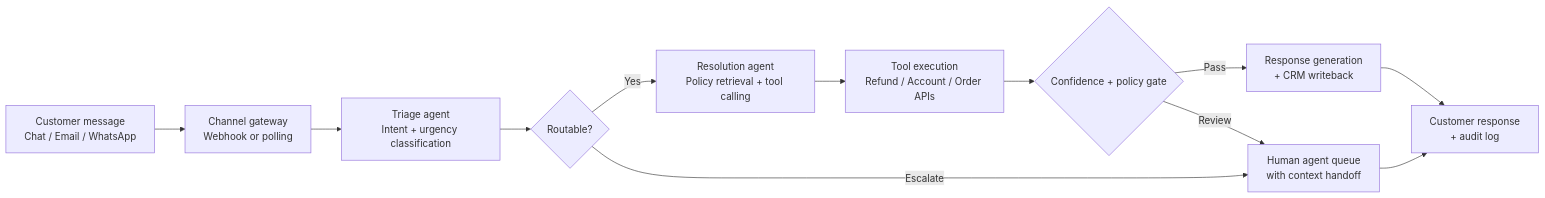
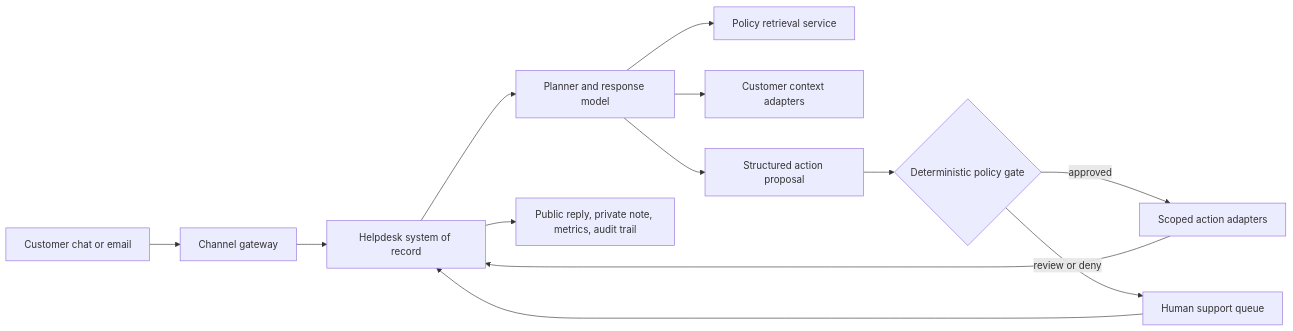
Before and after one commit to Bootbase/enterprise-ai-use-cases: the diagram in docs/use-cases/customer-service/UC-100-customer-service-resolution/solution-design.md, drawn with Mermaid. The commit also changed other lines of this file and 26 other files, not shown here.

````diff
--- a/docs/use-cases/customer-service/UC-100-customer-service-resolution/solution-design.md
+++ b/docs/use-cases/customer-service/UC-100-customer-service-resolution/solution-design.md
@@ -34,14 +34,15 @@
 ```mermaid
 flowchart LR
-    A[Customer message<br/>Chat / Email / WhatsApp] --> B[Channel gateway<br/>Webhook or polling]
-    B --> C[Triage agent<br/>Intent + urgency classification]
-    C --> D{Routable?}
-    D -->|Yes| E[Resolution agent<br/>Policy retrieval + tool calling]
-    D -->|Escalate| F[Human agent queue<br/>with context handoff]
-    E --> G[Tool execution<br/>Refund / Account / Order APIs]
-    G --> H{Confidence + policy gate}
-    H -->|Pass| I[Response generation<br/>+ CRM writeback]
-    H -->|Review| F
-    I --> J[Customer response<br/>+ audit log]
-    F --> J
+    A[Customer chat or email] --> B[Channel gateway]
+    B --> C[Helpdesk system of record]
+    C --> D[Planner and response model]
+    D --> E[Policy retrieval service]
+    D --> F[Customer context adapters]
+    D --> G[Structured action proposal]
+    G --> H{Deterministic policy gate}
+    H -->|approved| I[Scoped action adapters]
+    H -->|review or deny| J[Human support queue]
+    I --> C
+    J --> C
+    C --> K[Public reply, private note, metrics, audit trail]
 ```
````
